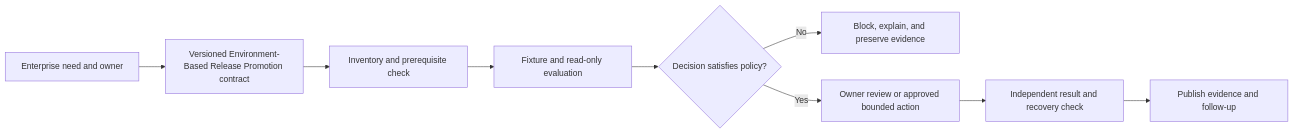
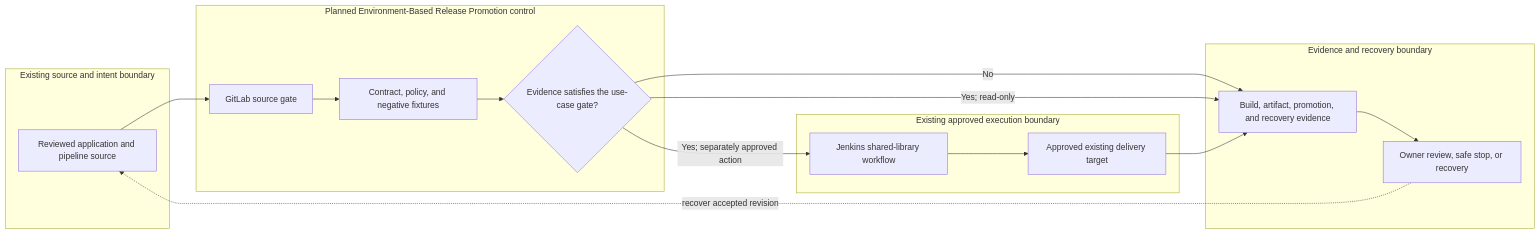
One commit to MIDHTECH/enterprise-architecture-docs changed the diagram in docs/use-cases/devsecops/UC-CICD-007-environment-based-release-promotion.md. Above: the diagram before and after it, drawn with Mermaid. The commit also changed other lines of this file and 227 other files, not shown here.

Commit message:
Deepen architecture for all use case designs

````diff
--- a/docs/use-cases/devsecops/UC-CICD-007-environment-based-release-promotion.md
+++ b/docs/use-cases/devsecops/UC-CICD-007-environment-based-release-promotion.md
@@ -136,11 +129,25 @@
 ```mermaid
 flowchart LR
-    Need["Enterprise need and owner"] --> Contract["Versioned Environment-Based Release Promotion contract"]
-    Contract --> Preflight["Inventory and prerequisite check"]
-    Preflight --> Evaluate["Fixture and read-only evaluation"]
-    Evaluate --> Decision{"Decision satisfies policy?"}
-    Decision -->|No| Stop["Block, explain, and preserve evidence"]
-    Decision -->|Yes| Review["Owner review or approved bounded action"]
-    Review --> Verify["Independent result and recovery check"]
-    Verify --> Publish["Publish evidence and follow-up"]
+    subgraph Source["Existing source and intent boundary"]
+        A["Reviewed application and pipeline source"]
+    end
+    subgraph Planned["Planned Environment-Based Release Promotion control"]
+        B["GitLab source gate"]
+        C["Contract, policy, and negative fixtures"]
+        D{"Evidence satisfies the use-case gate?"}
+    end
+    subgraph Runtime["Existing approved execution boundary"]
+        E["Jenkins shared-library workflow"]
+        F["Approved existing delivery target"]
+    end
+    subgraph Assurance["Evidence and recovery boundary"]
+        G["Build, artifact, promotion, and recovery evidence"]
+        H["Owner review, safe stop, or recovery"]
+    end
+
+    A --> B --> C --> D
+    D -->|No| G --> H
+    D -->|Yes; read-only| G
+    D -->|Yes; separately approved action| E --> F --> G
+    H -. recover accepted revision .-> A
 ```
````
